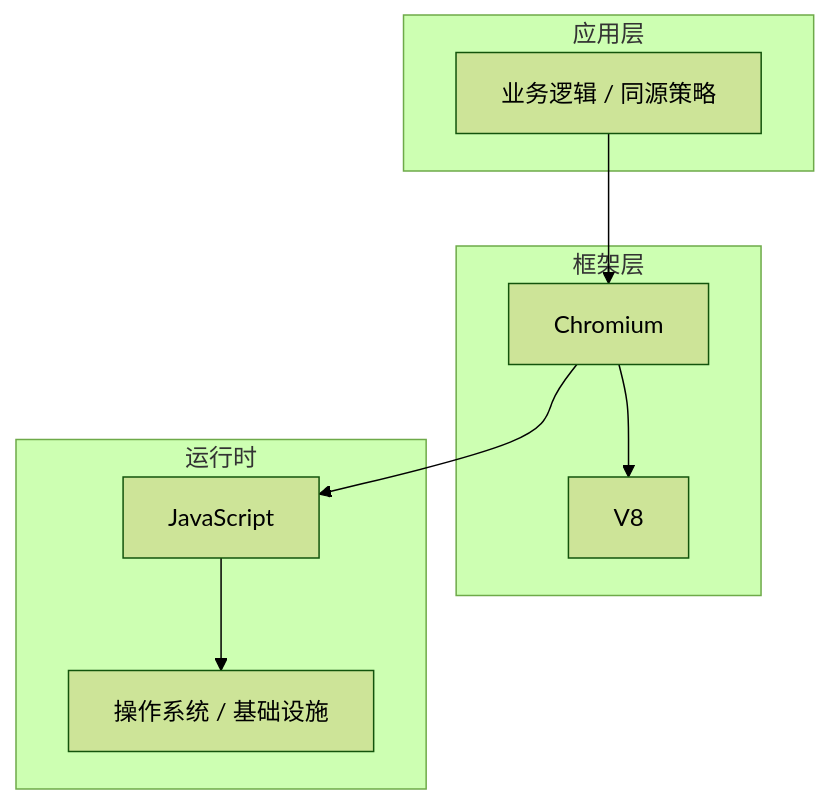
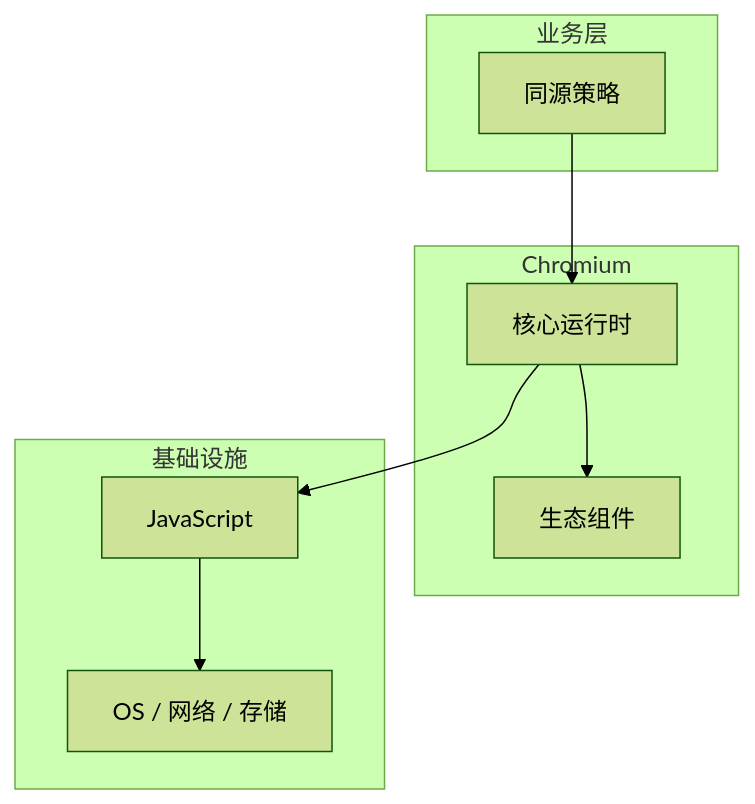
Before and after one commit to yanggan2015/knowledge-json-v2: the diagram in articles/浏览器原理/chapters/073-同源策略核心概念与原理.md, drawn with Mermaid (forest theme). The commit also changed other lines of this file and 10127 other files, not shown here.

````diff
--- a/articles/浏览器原理/chapters/073-同源策略核心概念与原理.md
+++ b/articles/浏览器原理/chapters/073-同源策略核心概念与原理.md
@@ -45,18 +34,18 @@
 ```mermaid
 graph TB
-    subgraph 应用层
-        A[业务逻辑 / 同源策略]
+    subgraph 业务层
+        A[同源策略]
     end
-    subgraph 框架层
-        B[Chromium]
-        C[V8]
+    subgraph Chromium
+        B[核心运行时]
+        C[生态组件]
     end
-    subgraph 运行时
+    subgraph 基础设施
         D[JavaScript]
-        E[操作系统 / 基础设施]
+        E[OS / 网络 / 存储]
     end
     A --> B
     B --> C
     B --> D
     D --> E
 ```
````
